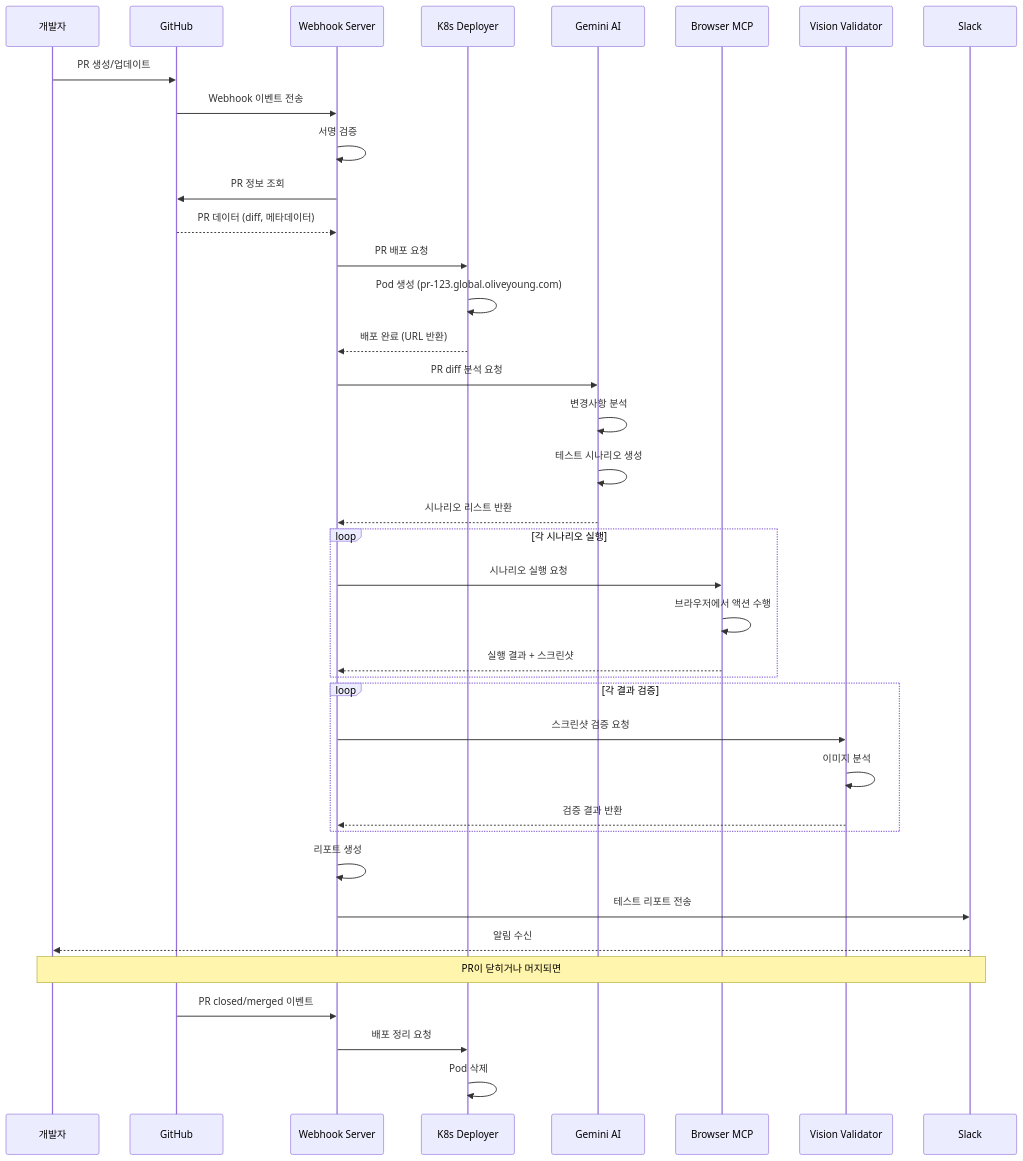
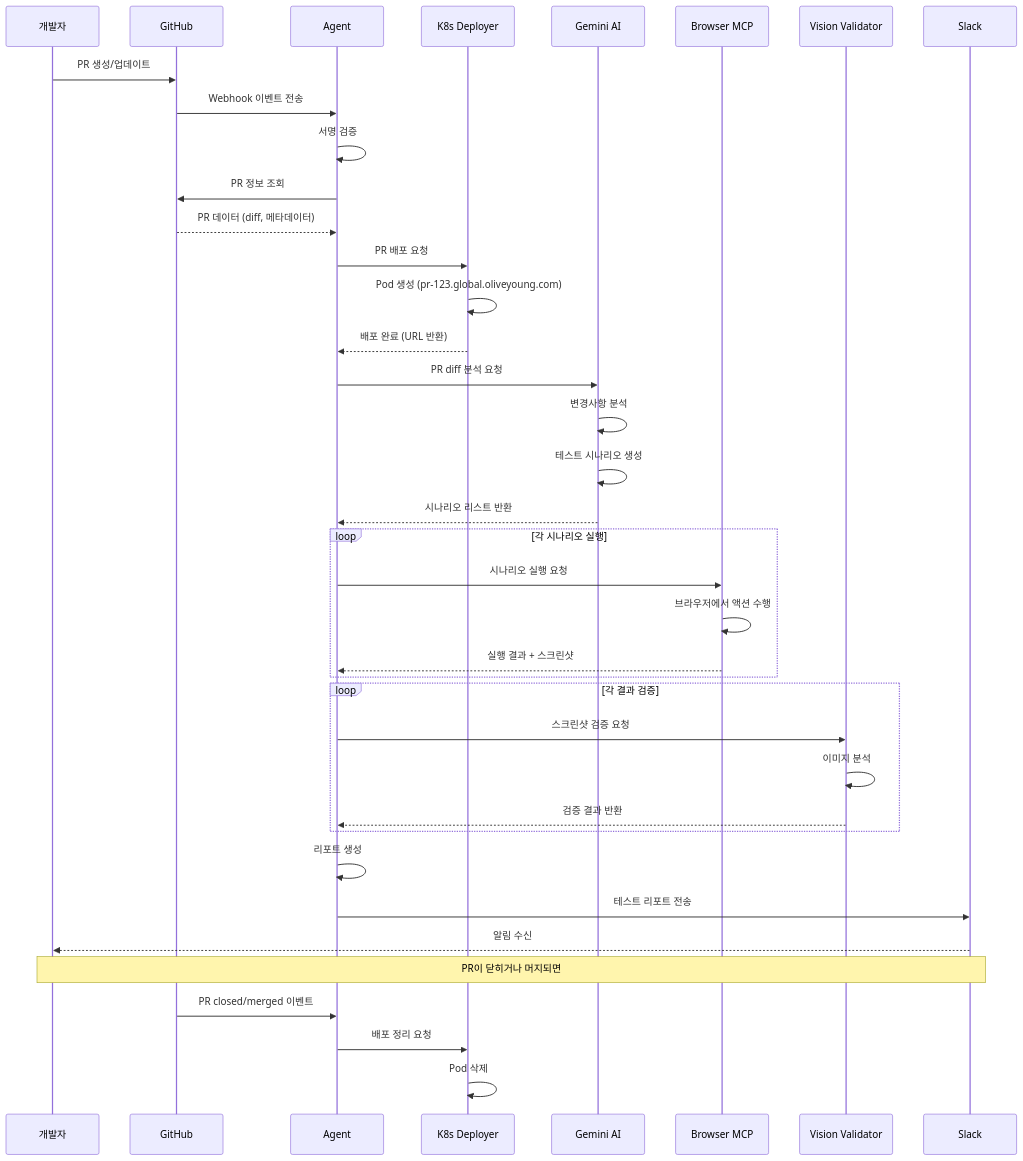
The first of 11 diagrams in docs/diagrams.md (oyg-dev-25q4-hackathon/nightwatch), drawn with Mermaid before and after one commit. The commit also changed other lines of this file and 44 other files, not shown here.

````diff
--- a/docs/diagrams.md
+++ b/docs/diagrams.md
@@ -5,48 +5,48 @@
 ```mermaid
 sequenceDiagram
     participant Dev as 개발자
     participant GH as GitHub
-    participant WH as Webhook Server
+    participant WH as Agent
     participant K8s as K8s Deployer
     participant AI as Gemini AI
     participant MCP as Browser MCP
     participant Vision as Vision Validator
     participant Slack as Slack
 
     Dev->>GH: PR 생성/업데이트
     GH->>WH: Webhook 이벤트 전송
 
     WH->>WH: 서명 검증
     WH->>GH: PR 정보 조회
     GH-->>WH: PR 데이터 (diff, 메타데이터)
 
     WH->>K8s: PR 배포 요청
     K8s->>K8s: Pod 생성 (pr-123.global.oliveyoung.com)
     K8s-->>WH: 배포 완료 (URL 반환)
 
     WH->>AI: PR diff 분석 요청
     AI->>AI: 변경사항 분석
     AI->>AI: 테스트 시나리오 생성
     AI-->>WH: 시나리오 리스트 반환
 
     loop 각 시나리오 실행
         WH->>MCP: 시나리오 실행 요청
         MCP->>MCP: 브라우저에서 액션 수행
         MCP-->>WH: 실행 결과 + 스크린샷
     end
 
     loop 각 결과 검증
         WH->>Vision: 스크린샷 검증 요청
         Vision->>Vision: 이미지 분석
         Vision-->>WH: 검증 결과 반환
     end
 
     WH->>WH: 리포트 생성
     WH->>Slack: 테스트 리포트 전송
     Slack-->>Dev: 알림 수신
 
     Note over Dev,Slack: PR이 닫히거나 머지되면
     GH->>WH: PR closed/merged 이벤트
     WH->>K8s: 배포 정리 요청
     K8s->>K8s: Pod 삭제
 ```
````
